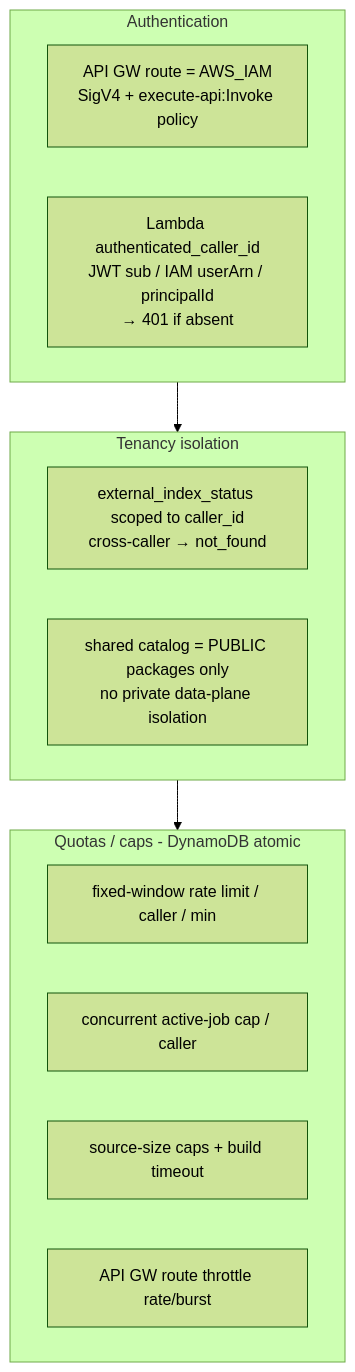
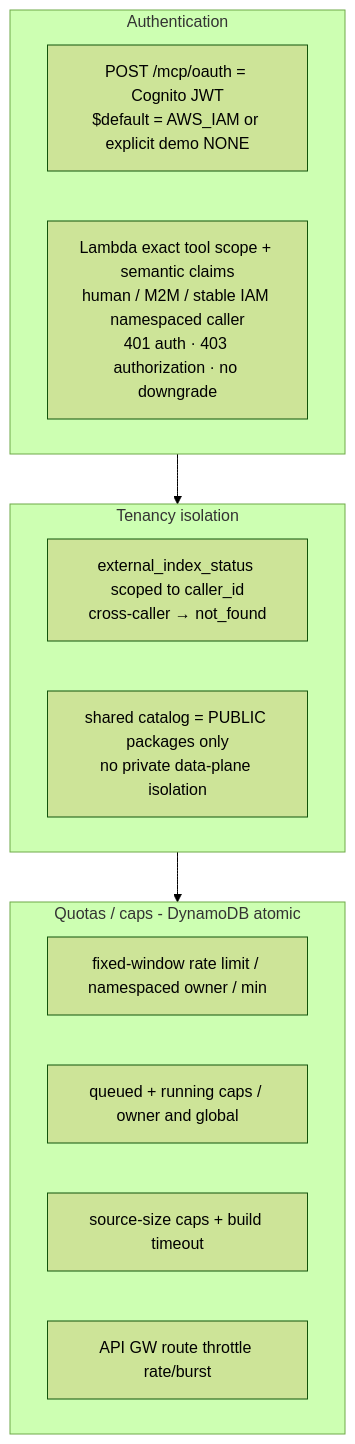
The fifth of 6 diagrams in crates/spur-context-service/docs/ARCHITECTURE.md (getspur/spur), drawn with Mermaid (forest theme) before and after one commit. The commit also changed other lines of this file and 17 other files, not shown here.

````diff
--- a/crates/spur-context-service/docs/ARCHITECTURE.md
+++ b/crates/spur-context-service/docs/ARCHITECTURE.md
@@ -183,18 +187,18 @@
 ```mermaid
 flowchart TD
     subgraph A[Authentication]
-      a1[API GW route = AWS_IAM<br/>SigV4 + execute-api:Invoke policy]
-      a2[Lambda authenticated_caller_id<br/>JWT sub / IAM userArn / principalId<br/>→ 401 if absent]
+      a1[POST /mcp/oauth = Cognito JWT<br/>$default = AWS_IAM or explicit demo NONE]
+      a2[Lambda exact tool scope + semantic claims<br/>human / M2M / stable IAM namespaced caller<br/>401 auth · 403 authorization · no downgrade]
     end
     subgraph T[Tenancy isolation]
       t1[external_index_status scoped to caller_id<br/>cross-caller → not_found]
       t2[shared catalog = PUBLIC packages only<br/>no private data-plane isolation]
     end
     subgraph Q[Quotas / caps - DynamoDB atomic]
-      q1[fixed-window rate limit / caller / min]
-      q2[concurrent active-job cap / caller]
+      q1[fixed-window rate limit / namespaced owner / min]
+      q2[queued + running caps / owner and global]
       q3[source-size caps + build timeout]
       q4[API GW route throttle rate/burst]
     end
     A --> T --> Q
 ```
````
